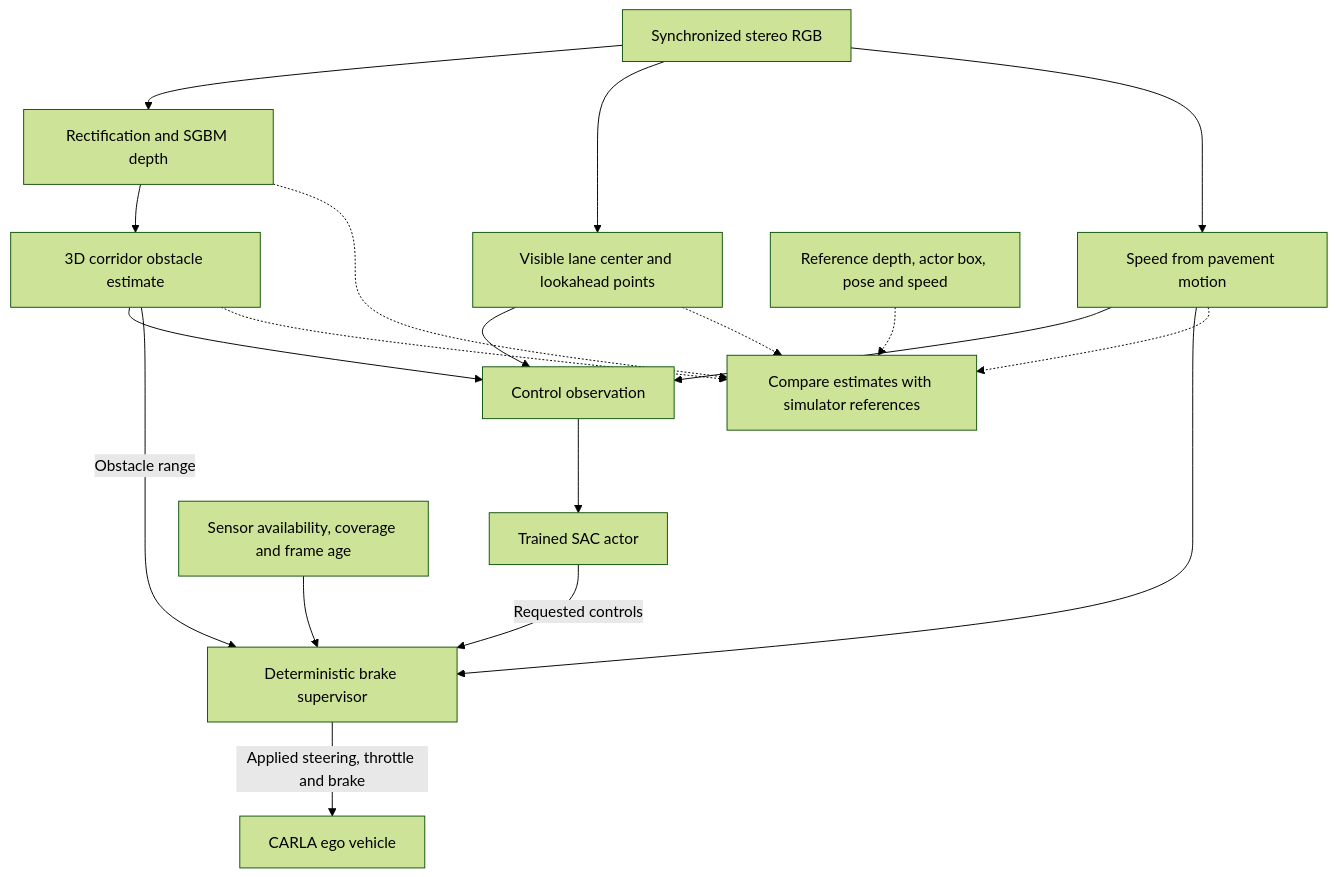
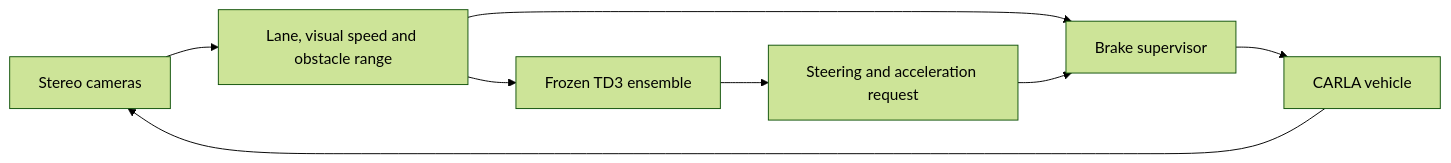
One commit to Nandhini1github/RL-SAC-Driving-Geometric-Vision changed the diagram in README.md. Above: the diagram before and after it, drawn with Mermaid (forest theme). The commit also changed other lines of this file and 136 other files, not shown here.

Commit message:
Run frozen camera-based TD3 in CARLA and publish its stereo driving demo

````diff
--- a/README.md
+++ b/README.md
@@ -173,21 +23,10 @@
 ```mermaid
-flowchart TD
-    RGB[Synchronized stereo RGB] --> Depth[Rectification and SGBM depth]
-    Depth --> Range[3D corridor obstacle estimate]
-    Range --> Obs[Control observation]
-    RGB --> Lane[Visible lane center and lookahead points]
-    Lane --> Obs
-    RGB --> Motion[Speed from pavement motion]
-    Motion --> Obs
-    Obs --> Actor[Trained SAC actor]
-    Actor -->|Requested controls| Brake[Deterministic brake supervisor]
-    Range -->|Obstacle range| Brake
-    Checks[Sensor availability, coverage and frame age] --> Brake
-    Motion --> Brake
-    Brake -->|Applied steering, throttle and brake| Ego[CARLA ego vehicle]
-    Depth -.-> Eval[Compare estimates with simulator references]
-    Range -.-> Eval
-    GT[Reference depth, actor box, pose and speed] -.-> Eval
-    Lane -.-> Eval
-    Motion -.-> Eval
+flowchart LR
+    A[Stereo cameras] --> B[Lane, visual speed and obstacle range]
+    B --> C[Frozen TD3 ensemble]
+    C --> D[Steering and acceleration request]
+    B --> E[Brake supervisor]
+    D --> E
+    E --> F[CARLA vehicle]
+    F --> A
 ```
````
